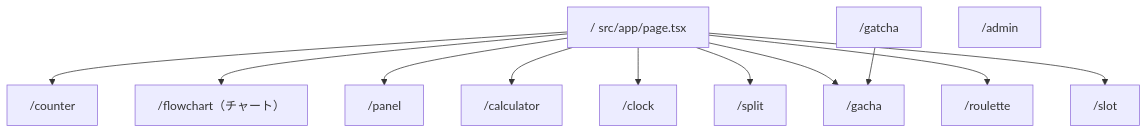
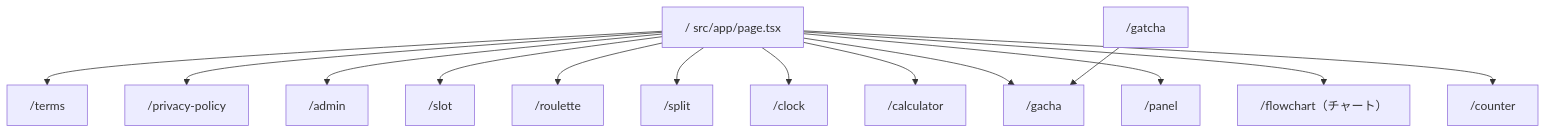
One commit to DukeGomadango/app-live-counter-suite changed the second of 4 diagrams in docs/concept-and-architecture.md. Above: the diagram before and after it, drawn with Mermaid. The commit also changed other lines of this file and 1 other file, not shown here.

First line of the commit message:
docs: concept/testing を実装に同期（ルート図、scripts、Worker、npm 表）

````diff
--- a/docs/concept-and-architecture.md
+++ b/docs/concept-and-architecture.md
@@ -57,25 +57,30 @@
 ```mermaid
 flowchart TB
   root["/ src/app/page.tsx"]
   counter["/counter"]
   flowchart_route["/flowchart（チャート）"]
   panel["/panel"]
   calculator["/calculator"]
   clock["/clock"]
   split["/split"]
   gacha["/gacha"]
   gatcha["/gatcha"]
   roulette["/roulette"]
   slot["/slot"]
   admin["/admin"]
+  privacy["/privacy-policy"]
+  terms["/terms"]
   root --> counter
   root --> flowchart_route
   root --> panel
   root --> calculator
   root --> clock
   root --> split
   root --> gacha
   root --> roulette
   root --> slot
+  root --> admin
+  root --> privacy
+  root --> terms
   gatcha --> gacha
 ```
````
